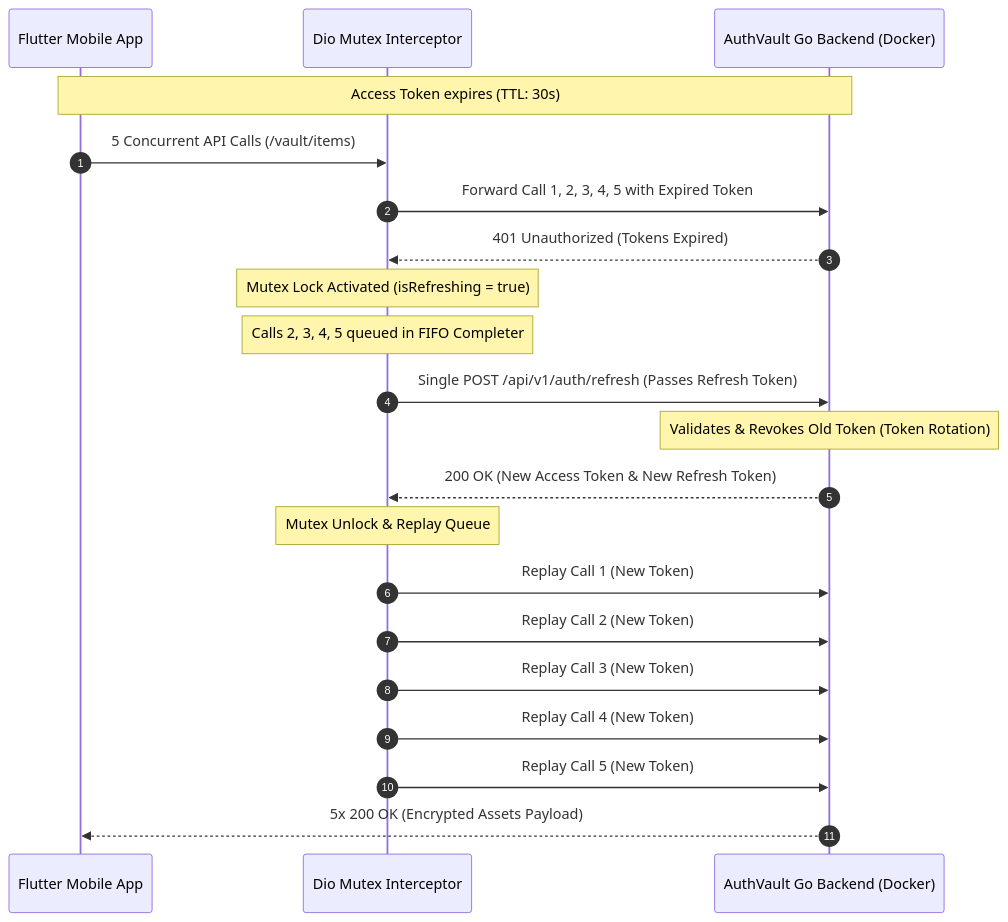
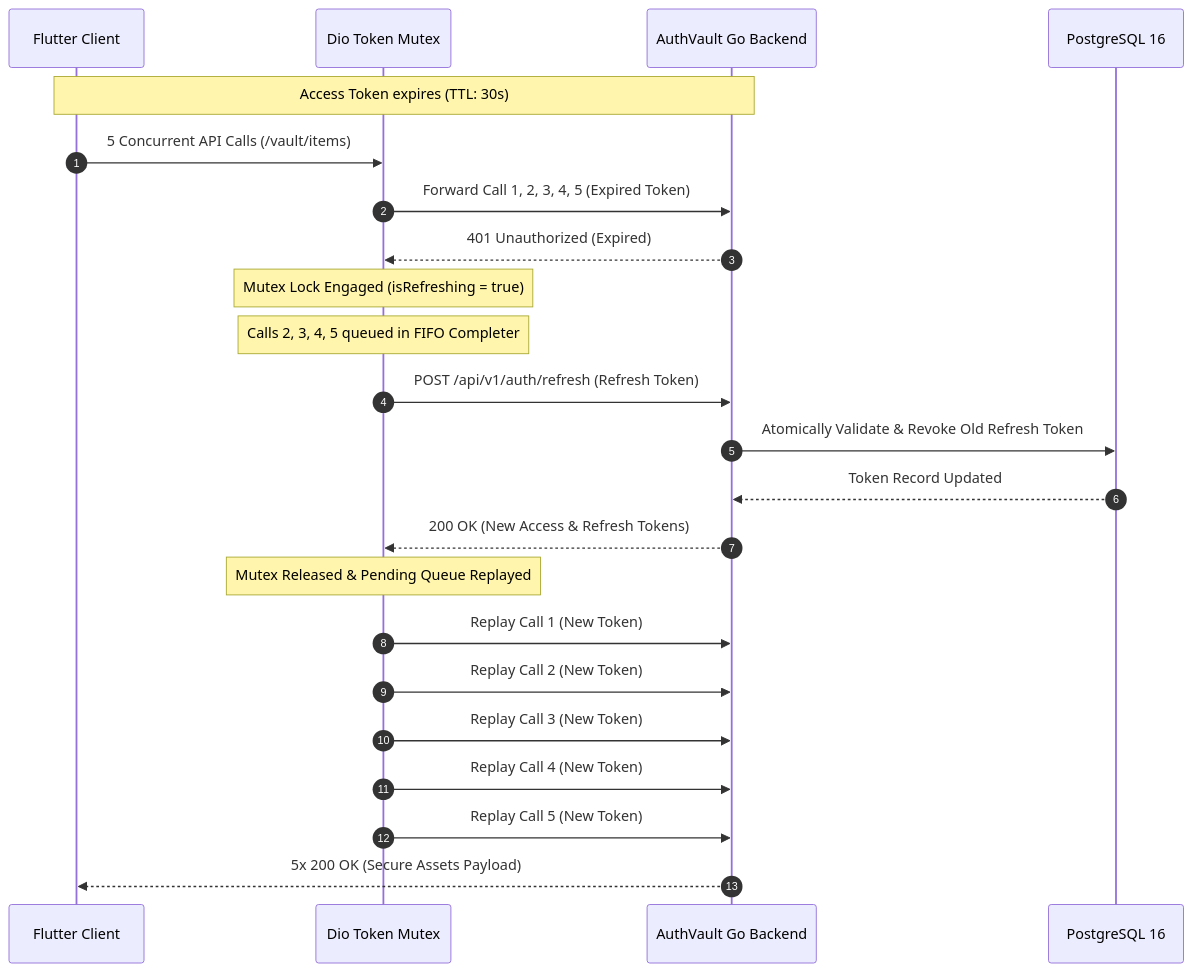
The first of 2 diagrams in README.md (Lelequyngocquy/FlutterAuthVault), drawn with Mermaid before and after one commit. The commit also changed other lines of this file and 2 other files, not shown here.

````diff
--- a/README.md
+++ b/README.md
@@ -23,26 +72,28 @@
 ```mermaid
 sequenceDiagram
     autonumber
-    participant UI as Flutter Mobile App
-    participant Mutex as Dio Mutex Interceptor
-    participant Backend as AuthVault Go Backend (Docker)
+    participant UI as Flutter Client
+    participant Mutex as Dio Token Mutex
+    participant Backend as AuthVault Go Backend
+    participant DB as PostgreSQL 16
 
     Note over UI,Backend: Access Token expires (TTL: 30s)
     UI->>Mutex: 5 Concurrent API Calls (/vault/items)
-    Mutex->>Backend: Forward Call 1, 2, 3, 4, 5 with Expired Token
-    Backend-->>Mutex: 401 Unauthorized (Tokens Expired)
+    Mutex->>Backend: Forward Call 1, 2, 3, 4, 5 (Expired Token)
+    Backend-->>Mutex: 401 Unauthorized (Expired)
 
-    Note over Mutex: Mutex Lock Activated (isRefreshing = true)
+    Note over Mutex: Mutex Lock Engaged (isRefreshing = true)
     Note over Mutex: Calls 2, 3, 4, 5 queued in FIFO Completer
-    Mutex->>Backend: Single POST /api/v1/auth/refresh (Passes Refresh Token)
-    Note over Backend: Validates & Revokes Old Token (Token Rotation)
-    Backend-->>Mutex: 200 OK (New Access Token & New Refresh Token)
-    Note over Mutex: Mutex Unlock & Replay Queue
+    Mutex->>Backend: POST /api/v1/auth/refresh (Refresh Token)
+    Backend->>DB: Atomically Validate & Revoke Old Refresh Token
+    DB-->>Backend: Token Record Updated
+    Backend-->>Mutex: 200 OK (New Access & Refresh Tokens)
 
+    Note over Mutex: Mutex Released & Pending Queue Replayed
     Mutex->>Backend: Replay Call 1 (New Token)
     Mutex->>Backend: Replay Call 2 (New Token)
     Mutex->>Backend: Replay Call 3 (New Token)
     Mutex->>Backend: Replay Call 4 (New Token)
     Mutex->>Backend: Replay Call 5 (New Token)
-    Backend-->>UI: 5x 200 OK (Encrypted Assets Payload)
+    Backend-->>UI: 5x 200 OK (Secure Assets Payload)
 ```
````
